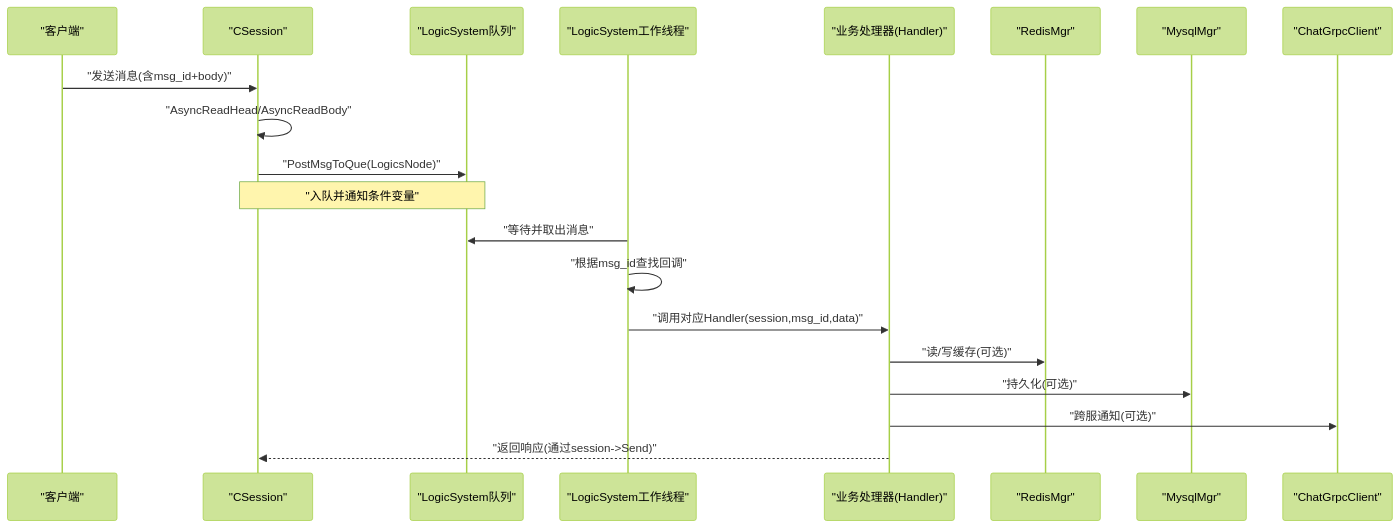
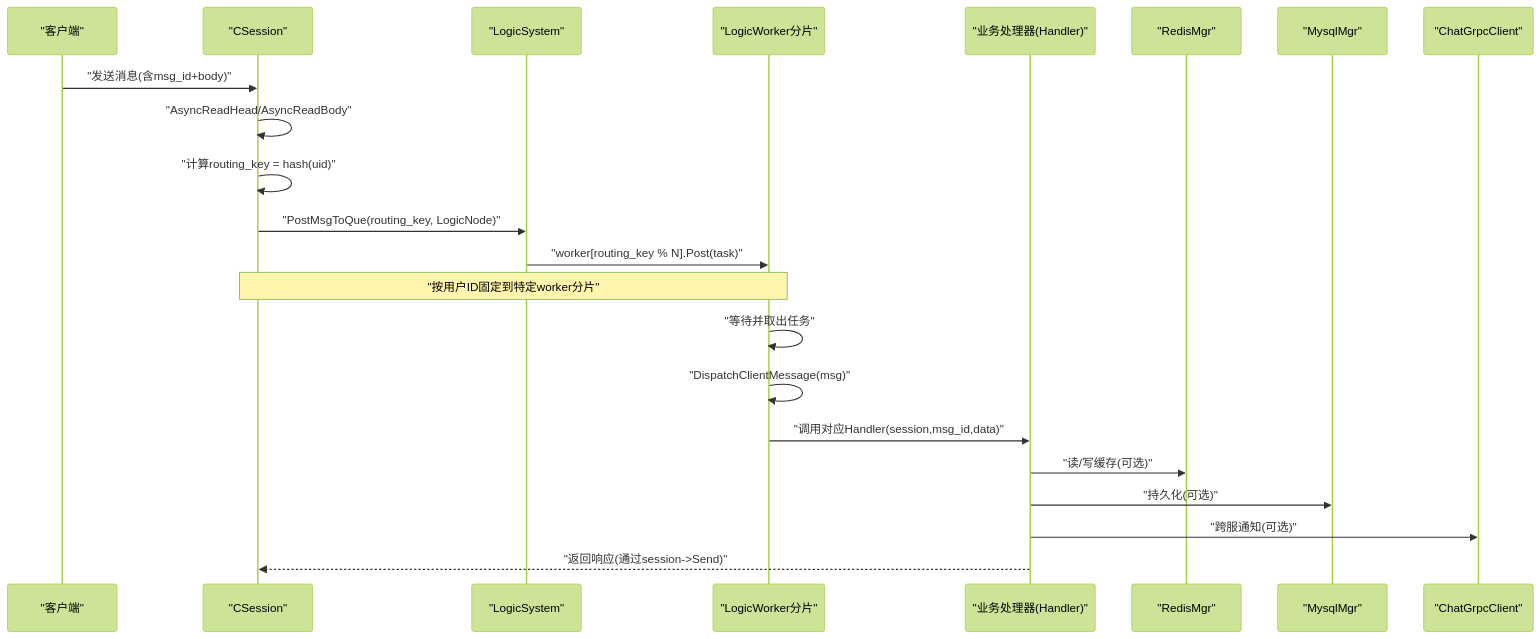
The second of 7 diagrams in .qoder/repowiki/zh/content/服务端开发/ChatServer聊天核心服务/业务逻辑系统/消息路由系统.md (echo9923/mychatter), drawn with Mermaid (forest theme) before and after one commit. The commit also changed other lines of this file and 54 other files, not shown here.

````diff
--- a/.qoder/repowiki/zh/content/服务端开发/ChatServer聊天核心服务/业务逻辑系统/消息路由系统.md
+++ b/.qoder/repowiki/zh/content/服务端开发/ChatServer聊天核心服务/业务逻辑系统/消息路由系统.md
@@ -91,22 +114,24 @@
 ```mermaid
 sequenceDiagram
 participant Client as "客户端"
 participant Session as "CSession"
-participant Queue as "LogicSystem队列"
-participant Worker as "LogicSystem工作线程"
+participant LS as "LogicSystem"
+participant Worker as "LogicWorker分片"
 participant Handler as "业务处理器(Handler)"
 participant Redis as "RedisMgr"
 participant DB as "MysqlMgr"
 participant GRPC as "ChatGrpcClient"
 Client->>Session : "发送消息(含msg_id+body)"
 Session->>Session : "AsyncReadHead/AsyncReadBody"
-Session->>Queue : "PostMsgToQue(LogicsNode)"
-Note over Session,Queue : "入队并通知条件变量"
-Worker->>Queue : "等待并取出消息"
-Worker->>Worker : "根据msg_id查找回调"
+Session->>Session : "计算routing_key = hash(uid)"
+Session->>LS : "PostMsgToQue(routing_key, LogicNode)"
+LS->>Worker : "worker[routing_key % N].Post(task)"
+Note over Session,Worker : "按用户ID固定到特定worker分片"
+Worker->>Worker : "等待并取出任务"
+Worker->>Worker : "DispatchClientMessage(msg)"
 Worker->>Handler : "调用对应Handler(session,msg_id,data)"
 Handler->>Redis : "读/写缓存(可选)"
 Handler->>DB : "持久化(可选)"
 Handler->>GRPC : "跨服通知(可选)"
 Handler-->>Session : "返回响应(通过session->Send)"
 ```
````
